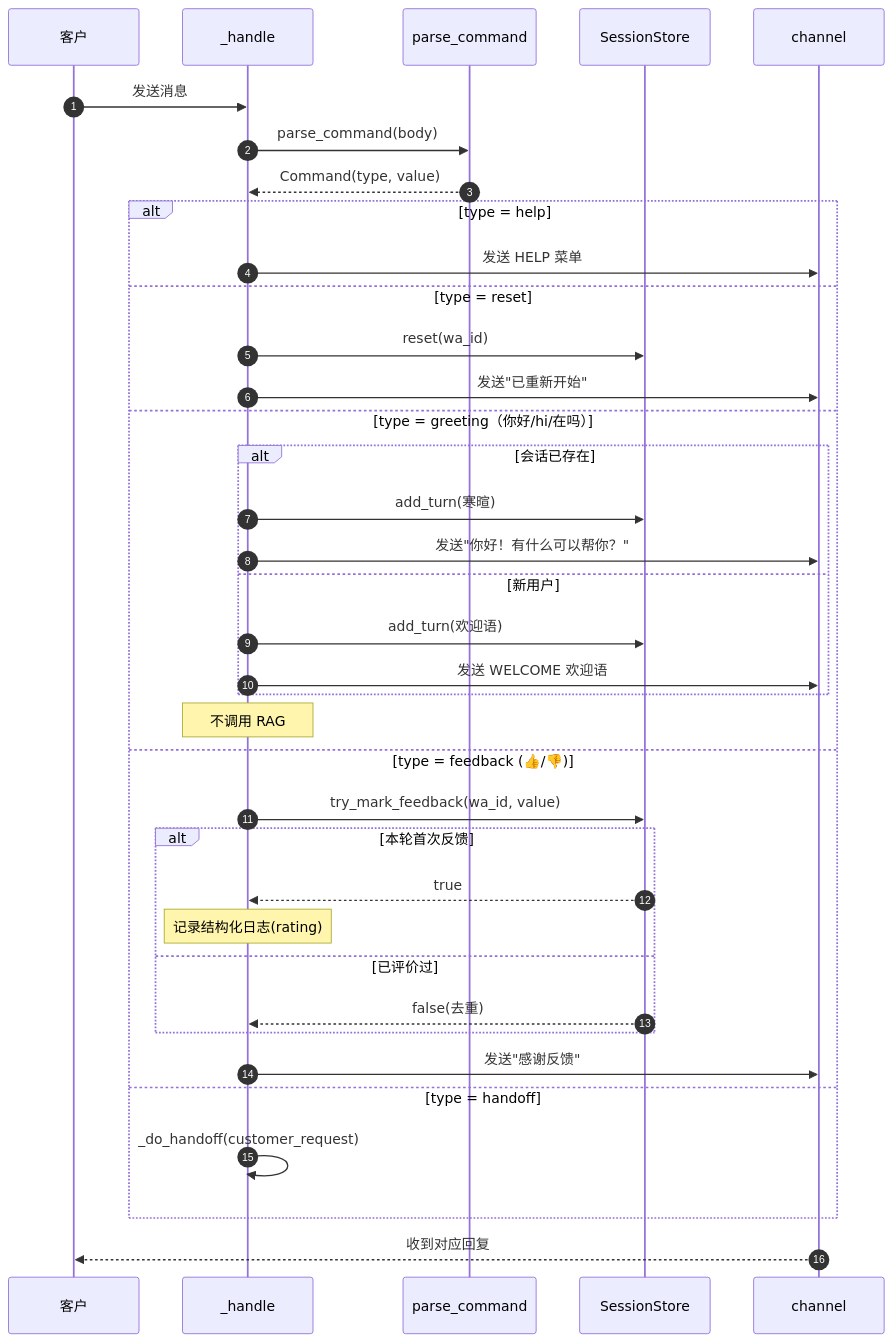
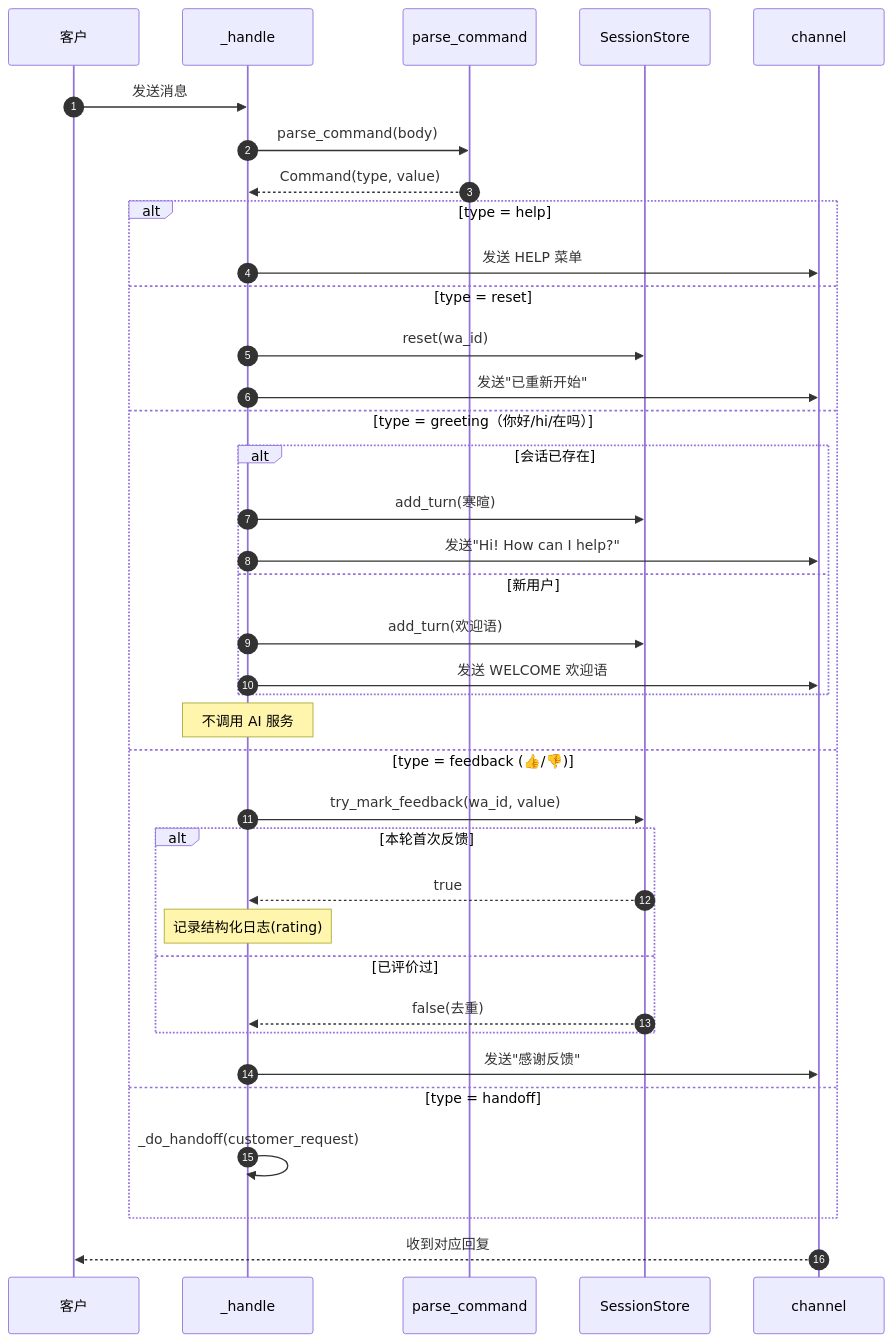
Before and after one commit to xiaozhao0309/whatsAppAgent: the third of 8 diagrams in docs/时序图.md, drawn with Mermaid. The commit also changed other lines of this file and 4 other files, not shown here.

First line of the commit message:
docs: align documentation with two-service (backend + ai_service) architecture

````diff
--- a/docs/时序图.md
+++ b/docs/时序图.md
@@ -129,41 +151,41 @@
 ```mermaid
 sequenceDiagram
     autonumber
     participant U as 客户
     participant H as _handle
     participant CMD as parse_command
     participant S as SessionStore
     participant CH as channel
 
     U->>H: 发送消息
     H->>CMD: parse_command(body)
     CMD-->>H: Command(type, value)
 
     alt type = help
         H->>CH: 发送 HELP 菜单
     else type = reset
         H->>S: reset(wa_id)
         H->>CH: 发送"已重新开始"
     else type = greeting（你好/hi/在吗）
         alt 会话已存在
             H->>S: add_turn(寒暄)
-            H->>CH: 发送"你好！有什么可以帮你？"
+            H->>CH: 发送"Hi! How can I help?"
         else 新用户
             H->>S: add_turn(欢迎语)
             H->>CH: 发送 WELCOME 欢迎语
         end
-        Note over H: 不调用 RAG
+        Note over H: 不调用 AI 服务
     else type = feedback (👍/👎)
         H->>S: try_mark_feedback(wa_id, value)
         alt 本轮首次反馈
             S-->>H: true
             Note over H: 记录结构化日志(rating)
         else 已评价过
             S-->>H: false(去重)
         end
         H->>CH: 发送"感谢反馈"
     else type = handoff
         H->>H: _do_handoff(customer_request)
     end
     CH-->>U: 收到对应回复
 ```
````
